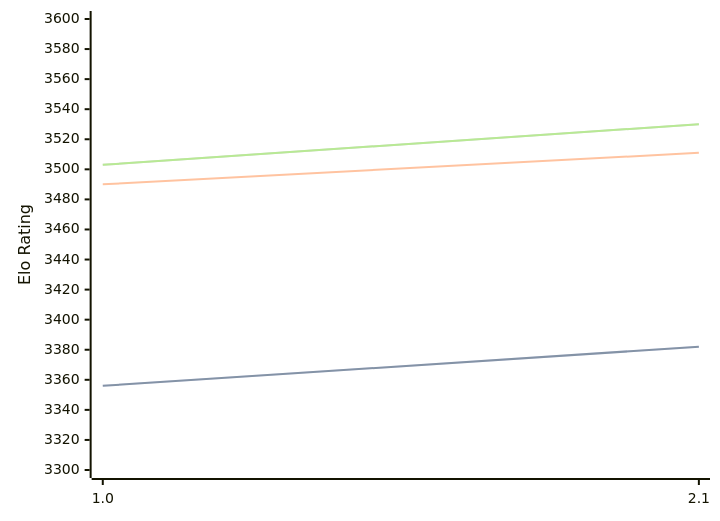
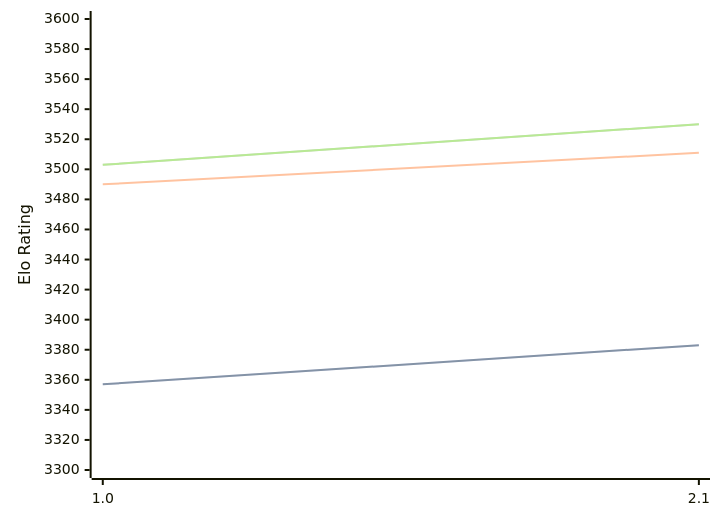
One commit to computer-chess-index/cci changed the third of 3 diagrams in engines/Hobbes.md. Above: the diagram before and after it, drawn with Mermaid. The commit also changed other lines of this file, not shown here.

````diff
--- a/engines/Hobbes.md
+++ b/engines/Hobbes.md
@@ -66,11 +66,11 @@
 ```mermaid
 %%{init: {"theme":"base","themeVariables":{"seriesColors:['#a3a3a3','#222221','#faa371']}}}%%
 xychart-beta
   x-axis ["1.0", "2.1"]
   y-axis "Elo Rating" 3300 --> 3600
-  line "STC (8.0+0.08s)" [3356, 3382]
-  line "STC (8.0+0.08s)" [3356, 3382]
+  line "STC (8.0+0.08s)" [3357, 3383]
+  line "STC (8.0+0.08s)" [3357, 3383]
   line "LTC (60.0+0.60s)" [3490, 3511]
   line "VLTC (2m24s+1.12s)" [3503, 3530]
   line "VLTC (2m24s+1.12s)" [3503, 3530]
 ```
````
